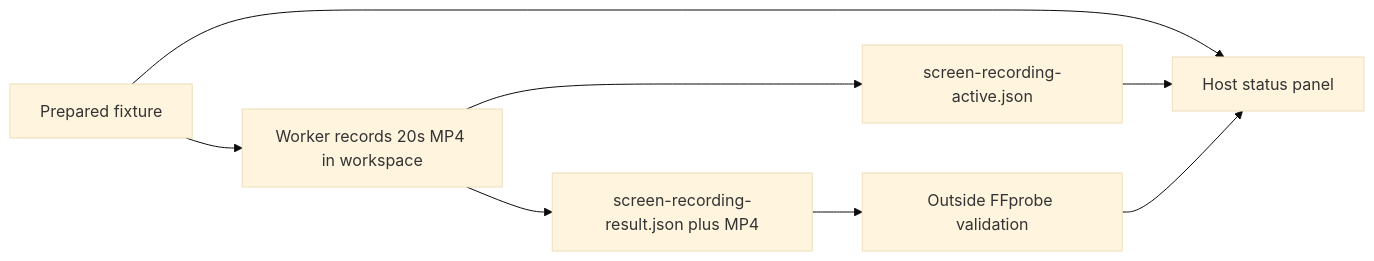
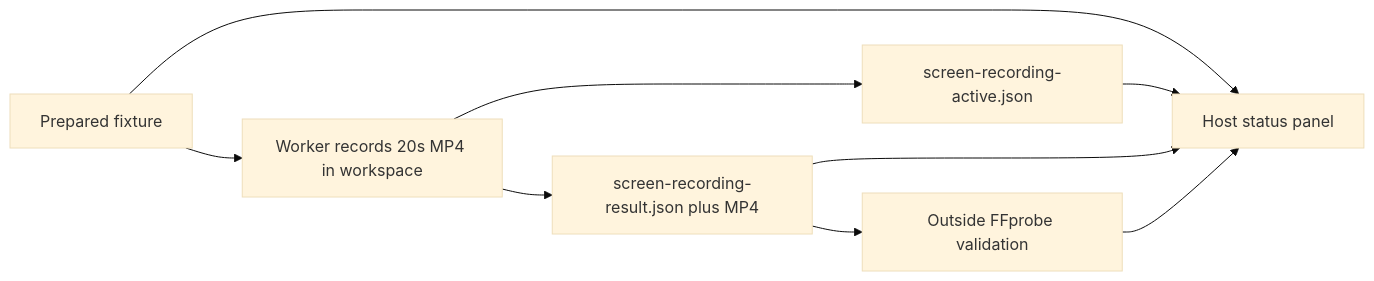
One commit to finogeeks/agent-safety-arena changed the diagram in docs/screen-recording-case.md. Above: the diagram before and after it, drawn with Mermaid (base theme). The commit also changed other lines of this file and 68 other files, not shown here.

````diff
--- a/docs/screen-recording-case.md
+++ b/docs/screen-recording-case.md
@@ -14,10 +14,11 @@
 ```mermaid
 flowchart LR
   P[Prepared fixture] --> W[Worker records 20s MP4 in workspace]
   P --> O[Host status panel]
   W --> A[screen-recording-active.json]
   W --> R[screen-recording-result.json plus MP4]
   A --> O
+  R --> O
   R --> V[Outside FFprobe validation]
   V --> O
 ```
````
